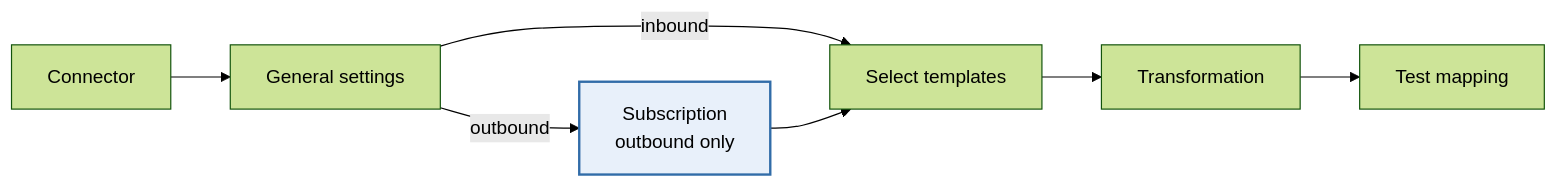
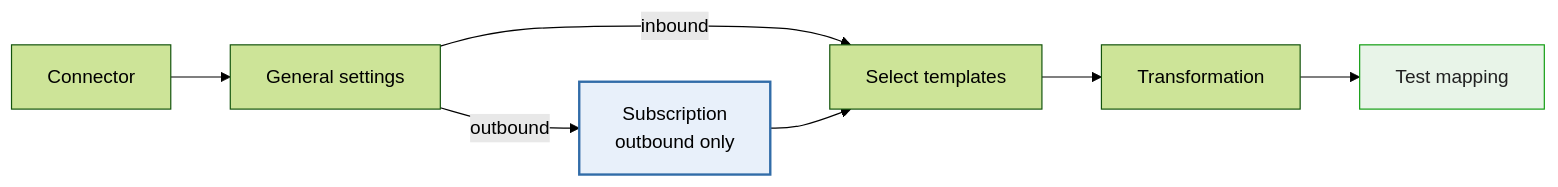
The diagram in dynamic-mapper-ui/public/docs/define-mapping.md (Cumulocity-IoT/cumulocity-dynamic-mapper), drawn with Mermaid (forest theme) before and after one commit. The commit also changed 18 other files, not shown here.

Commit message:
color mermaid diagrams

````diff
--- a/dynamic-mapper-ui/public/docs/define-mapping.md
+++ b/dynamic-mapper-ui/public/docs/define-mapping.md
@@ -61,19 +61,22 @@
 ```mermaid
 flowchart LR
     conn["Connector"]
     gen["General settings"]
     sub["Subscription<br/>outbound only"]
     tpl["Select templates"]
     trans["Transformation"]
     test["Test mapping"]
 
     conn --> gen
     gen -- "inbound" --> tpl
     gen -- "outbound" --> sub
     sub --> tpl
     tpl --> trans
     trans --> test
 
     classDef outbound fill:#e8f0fa,stroke:#316ca8,stroke-width:2px;
     class sub outbound;
+
+    classDef ok fill:#e8f4e8,stroke:#119D11,color:#212121;
+    class test ok;
 ```
````
